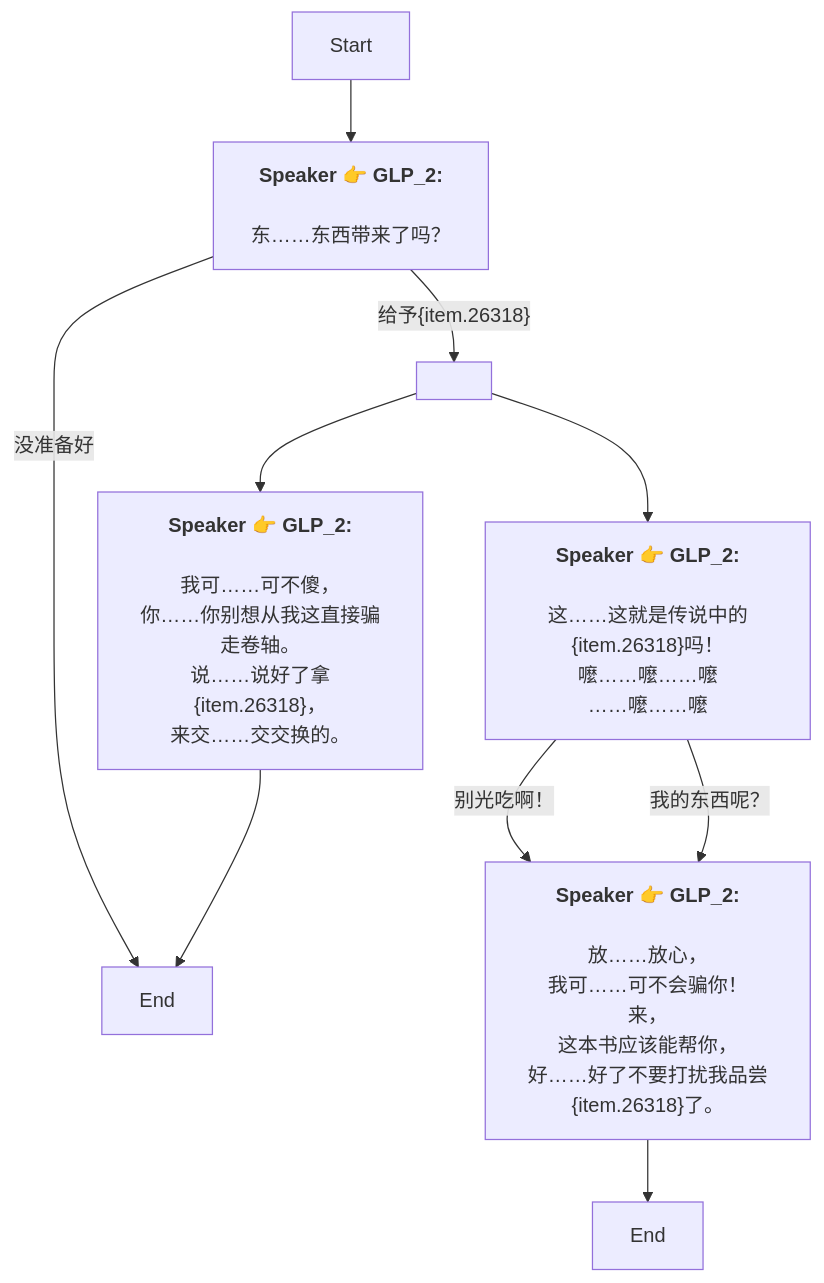
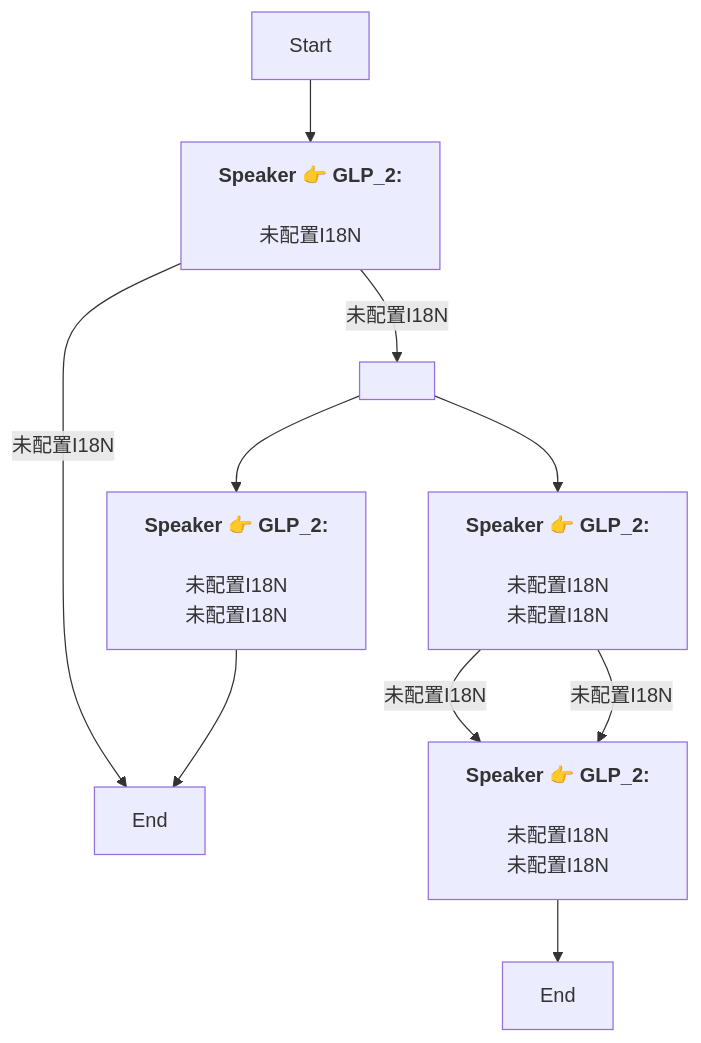
Before and after one commit to SoftHu/tos_avg: the diagram in Zh/QuestNPCDeliveryENode_1762067301250833.md, drawn with Mermaid. The commit also changed 730 other files, not shown here.

````diff
--- a/Zh/QuestNPCDeliveryENode_1762067301250833.md
+++ b/Zh/QuestNPCDeliveryENode_1762067301250833.md
@@ -1,27 +1,18 @@
 ```mermaid
 graph
 Start -->1762069650172705[<b>Speaker 👉 GLP_2:</b>
-\n东……东西带来了吗？]
-1762069650172705 -->|没准备好|1762068838364960[End]
-1762069650172705 -->|给予&lbrace;item.26318&rbrace;|1762068673981213[ ]
+\n未配置I18N]
+1762069650172705 -->|未配置I18N|1762068838364960[End]
+1762069650172705 -->|未配置I18N|1762068673981213[ ]
 1762068673981213 -->1762068724088607[<b>Speaker 👉 GLP_2:</b>
-\n我可……可不傻，
-你……你别想从我这直接骗走卷轴。\n说……说好了拿&lbrace;item.26318&rbrace;，
-来交……交交换的。]
+\n未配置I18N\n未配置I18N]
 1762068673981213 -->1762067883431701[<b>Speaker 👉 GLP_2:</b>
-\n这……这就是传说中的&lbrace;item.26318&rbrace;吗！\n嚒……嚒……嚒
-……嚒……嚒]
-1762067883431701 -->|别光吃啊！|1762068295738139[<b>Speaker 👉 GLP_2:</b>
-\n放……放心，
-我可……可不会骗你！\n来，
-这本书应该能帮你，
-好……好了不要打扰我品尝&lbrace;item.26318&rbrace;了。]
-1762067883431701 -->|我的东西呢？|1762068295738139[<b>Speaker 👉 GLP_2:</b>
-\n放……放心，
-我可……可不会骗你！\n来，
-这本书应该能帮你，
-好……好了不要打扰我品尝&lbrace;item.26318&rbrace;了。]
+\n未配置I18N\n未配置I18N]
+1762067883431701 -->|未配置I18N|1762068295738139[<b>Speaker 👉 GLP_2:</b>
+\n未配置I18N\n未配置I18N]
+1762067883431701 -->|未配置I18N|1762068295738139[<b>Speaker 👉 GLP_2:</b>
+\n未配置I18N\n未配置I18N]
 1762068295738139 -->1762068710496030[End]
 1762068724088607 -->1762068838364960[End]
 
 ```
````
